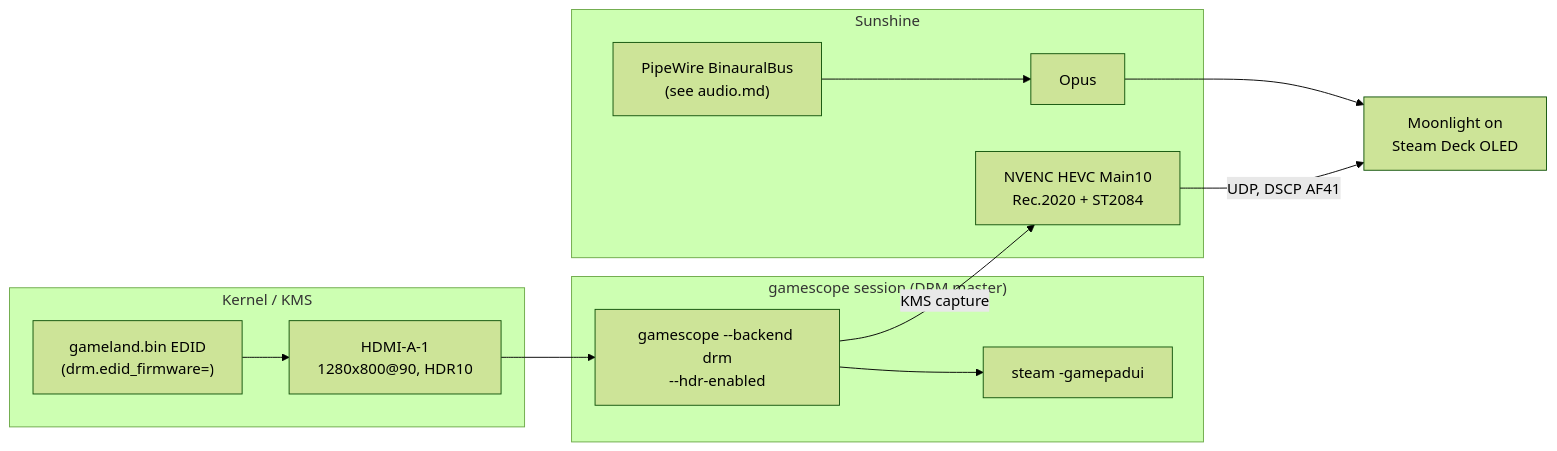
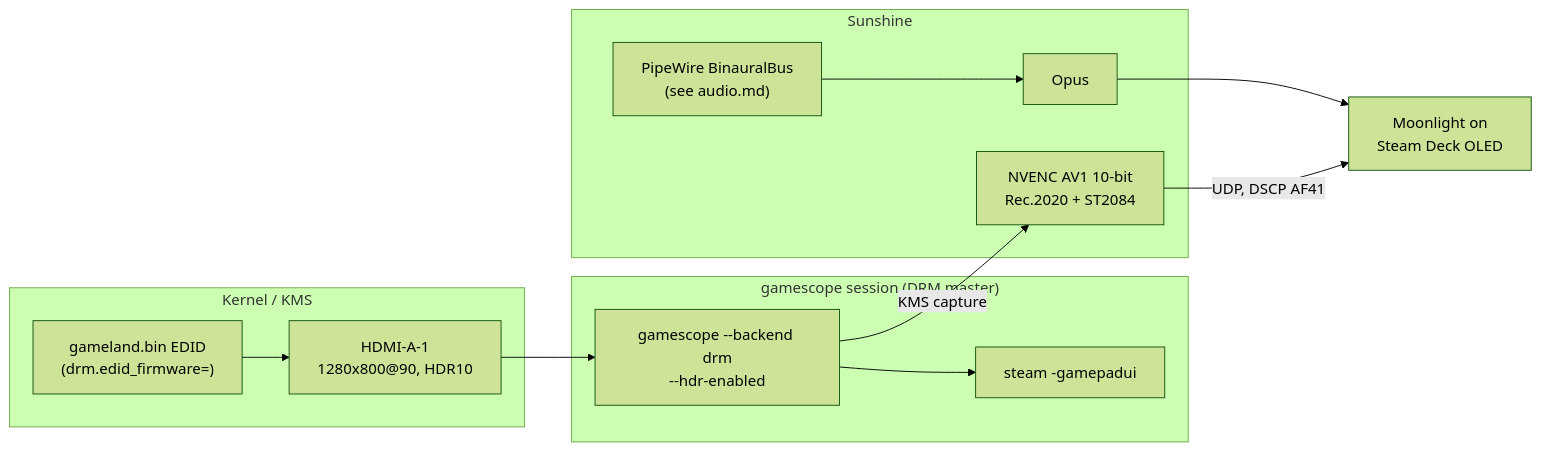
One commit to kaievns/gpu-node changed the diagram in docs/streaming.md. Above: the diagram before and after it, drawn with Mermaid (forest theme). The commit also changed other lines of this file, not shown here.

First line of the commit message:
docs: streams run 10-bit AV1 on the 5080, not HEVC

````diff
--- a/docs/streaming.md
+++ b/docs/streaming.md
@@ -13,16 +13,16 @@
 ```mermaid
 flowchart LR
     subgraph kernel ["Kernel / KMS"]
         EDID["gameland.bin EDID<br/>(drm.edid_firmware=)"] --> CONN["HDMI-A-1<br/>1280x800@90, HDR10"]
     end
     subgraph session ["gamescope session (DRM master)"]
         CONN --> GS["gamescope --backend drm<br/>--hdr-enabled"]
         GS --> STEAM["steam -gamepadui"]
     end
     subgraph sunshine ["Sunshine"]
-        GS -->|KMS capture| ENC["NVENC HEVC Main10<br/>Rec.2020 + ST2084"]
+        GS -->|KMS capture| ENC["NVENC AV1 10-bit<br/>Rec.2020 + ST2084"]
         PW["PipeWire BinauralBus<br/>(see audio.md)"] --> OPUS["Opus"]
     end
     ENC -->|"UDP, DSCP AF41"| DECK["Moonlight on<br/>Steam Deck OLED"]
     OPUS --> DECK
 ```
````
